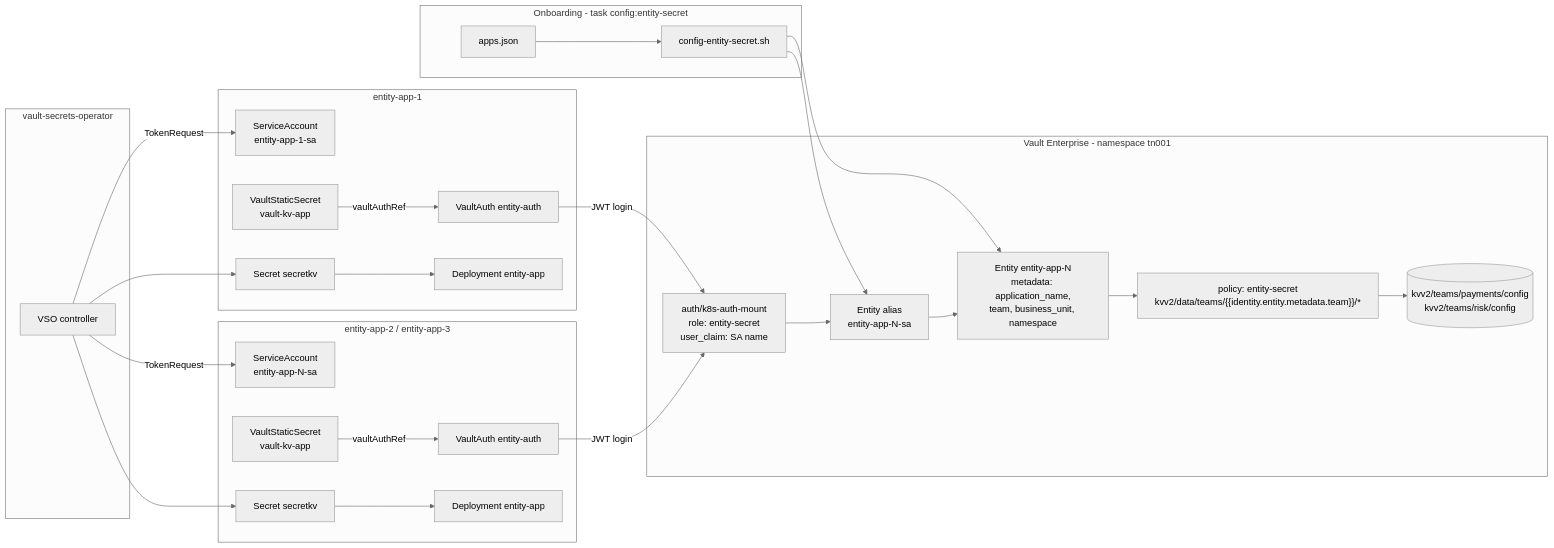
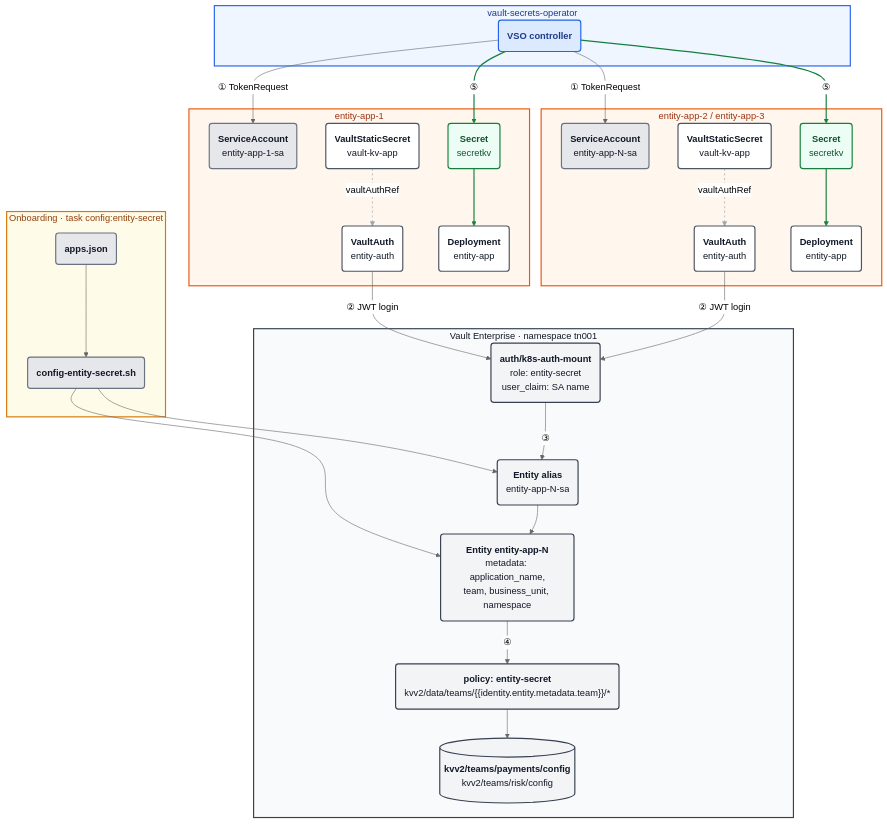
The diagram in docs/entity-secrets.md (nhsy-hcp/learn-vault-secrets-operator), drawn with Mermaid (neutral theme) before and after one commit. The commit also changed other lines of this file and 22 other files, not shown here.

````diff
--- a/docs/entity-secrets.md
+++ b/docs/entity-secrets.md
@@ -17,48 +17,66 @@
 ```mermaid
-flowchart LR
-  subgraph onboard["Onboarding - task config:entity-secret"]
-    CAT["apps.json"]
-    SCRIPT["config-entity-secret.sh"]
+flowchart TB
+  classDef app fill:#ffffff,stroke:#4b5563,stroke-width:2px,color:#111827
+  classDef vso fill:#dbeafe,stroke:#2563eb,stroke-width:2px,color:#1e3a8a
+  classDef vault fill:#f3f4f6,stroke:#374151,stroke-width:2px,color:#111827
+  classDef out fill:#ecfdf5,stroke:#15803d,stroke-width:2px,color:#14532d
+  classDef k8s fill:#e5e7eb,stroke:#6b7280,stroke-width:2px,color:#111827
+  subgraph onboard["Onboarding · task config:entity-secret"]
+    CAT("<b>apps.json</b>")
+    SCRIPT("<b>config-entity-secret.sh</b>")
   end
 
-  subgraph vault["Vault Enterprise - namespace tn001"]
-    ENT["Entity entity-app-N<br/>metadata: application_name,<br/>team, business_unit, namespace"]
-    ALIAS["Entity alias<br/>entity-app-N-sa"]
-    ROLE["auth/k8s-auth-mount<br/>role: entity-secret<br/>user_claim: SA name"]
-    POL["policy: entity-secret<br/>kvv2/data/teams/{{identity.entity.metadata.team}}/*"]
-    KV[("kvv2/teams/payments/config<br/>kvv2/teams/risk/config")]
+  subgraph a["entity-app-1"]
+    SA1("<b>ServiceAccount</b><br/>entity-app-1-sa")
+    VS1("<b>VaultStaticSecret</b><br/>vault-kv-app")
+    VA1("<b>VaultAuth</b><br/>entity-auth")
+    S1("<b>Secret</b><br/>secretkv")
+    P1("<b>Deployment</b><br/>entity-app")
+  end
+
+  subgraph b["entity-app-2 / entity-app-3"]
+    SAN("<b>ServiceAccount</b><br/>entity-app-N-sa")
+    VSN("<b>VaultStaticSecret</b><br/>vault-kv-app")
+    VAN("<b>VaultAuth</b><br/>entity-auth")
+    SN("<b>Secret</b><br/>secretkv")
+    PN("<b>Deployment</b><br/>entity-app")
   end
 
   subgraph vso["vault-secrets-operator"]
-    OP["VSO controller"]
+    OP("<b>VSO controller</b>")
   end
 
-  subgraph a["entity-app-1"]
-    SA1["ServiceAccount<br/>entity-app-1-sa"]
-    VA1["VaultAuth entity-auth"]
-    VS1["VaultStaticSecret<br/>vault-kv-app"]
-    S1["Secret secretkv"]
-    P1["Deployment entity-app"]
-  end
-
-  subgraph b["entity-app-2 / entity-app-3"]
-    SAN["ServiceAccount<br/>entity-app-N-sa"]
-    VAN["VaultAuth entity-auth"]
-    VSN["VaultStaticSecret<br/>vault-kv-app"]
-    SN["Secret secretkv"]
-    PN["Deployment entity-app"]
+  subgraph vault["Vault Enterprise · namespace tn001"]
+    ROLE("<b>auth/k8s-auth-mount</b><br/>role: entity-secret<br/>user_claim: SA name")
+    ALIAS("<b>Entity alias</b><br/>entity-app-N-sa")
+    ENT("<b>Entity entity-app-N</b><br/>metadata: application_name,<br/>team, business_unit, namespace")
+    POL("<b>policy: entity-secret</b><br/>kvv2/data/teams/{{identity.entity.metadata.team}}/*")
+    KV[("<b>kvv2/teams/payments/config</b><br/>kvv2/teams/risk/config")]
   end
 
   CAT --> SCRIPT --> ENT
   SCRIPT --> ALIAS --> ENT
-  VS1 -->|vaultAuthRef| VA1
-  VSN -->|vaultAuthRef| VAN
-  OP -->|TokenRequest| SA1
-  OP -->|TokenRequest| SAN
-  VA1 -->|JWT login| ROLE
-  VAN -->|JWT login| ROLE
-  ROLE --> ALIAS
-  ENT --> POL --> KV
-  OP --> S1 --> P1
-  OP --> SN --> PN
+  VS1 -.->|vaultAuthRef| VA1
+  VSN -.->|vaultAuthRef| VAN
+  OP -->|① TokenRequest| SA1
+  OP -->|① TokenRequest| SAN
+  VA1 -->|② JWT login| ROLE
+  VAN -->|② JWT login| ROLE
+  ROLE -->|③| ALIAS
+  ENT -->|④| POL --> KV
+  OP -->|⑤| S1 --> P1
+  OP -->|⑤| SN --> PN
+
+  class VS1,VA1,P1,VSN,VAN,PN app
+  class SA1,SAN,CAT,SCRIPT k8s
+  class OP vso
+  class ROLE,ALIAS,ENT,POL,KV vault
+  class S1,SN out
+  style onboard fill:#fefce8,stroke:#d97706,stroke-width:2px,color:#92400e
+  style a fill:#fff7ed,stroke:#ea580c,stroke-width:2px,color:#9a3412
+  style b fill:#fff7ed,stroke:#ea580c,stroke-width:2px,color:#9a3412
+  style vso fill:#eff6ff,stroke:#2563eb,stroke-width:2px,color:#1e3a8a
+  style vault fill:#f9fafb,stroke:#374151,stroke-width:2px,color:#111827
+  linkStyle 4,5 stroke:#9ca3af,stroke-dasharray:4
+  linkStyle 13,14,15,16 stroke:#15803d,stroke-width:2px
 ```
````
